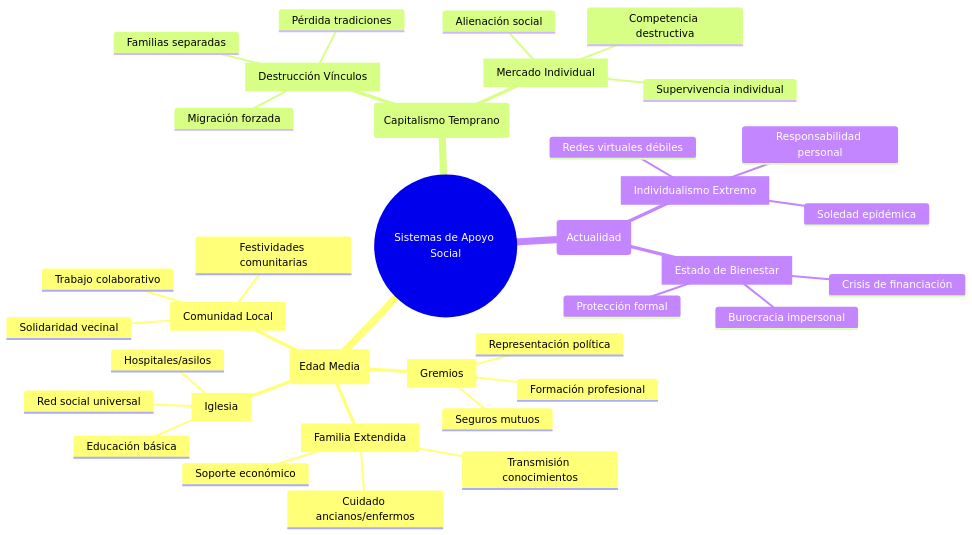
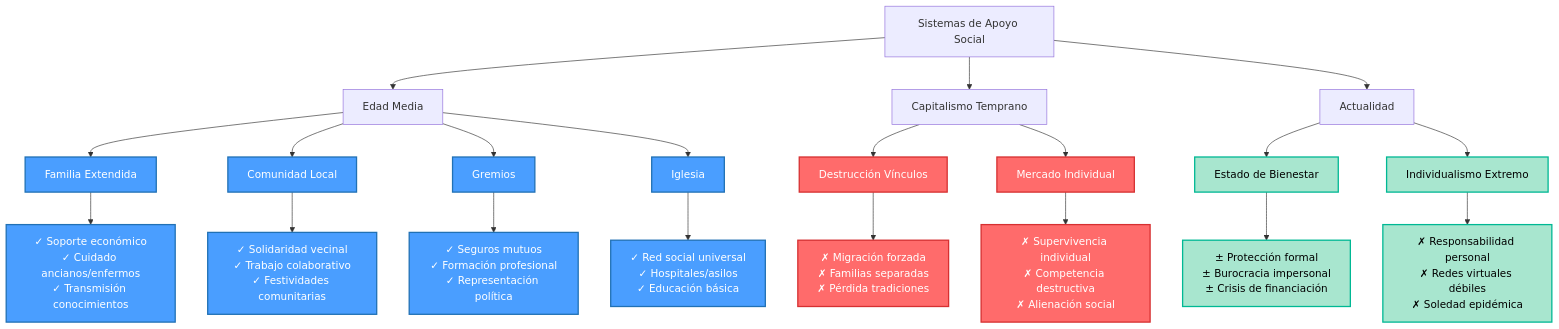
Before and after one commit to perpetuocambio/annotations: diagram 18 of 21 in sociologia/rights_comparison_table.md, drawn with Mermaid. The commit also changed other lines of this file, not shown here.

````diff
--- a/sociologia/rights_comparison_table.md
+++ b/sociologia/rights_comparison_table.md
@@ -452,39 +452,38 @@
 ```mermaid
-mindmap
-  root((Sistemas de Apoyo Social))
-    (Edad Media)
-      [Familia Extendida]
-        Soporte económico
-        Cuidado ancianos/enfermos
-        Transmisión conocimientos
-      [Comunidad Local]
-        Solidaridad vecinal
-        Trabajo colaborativo
-        Festividades comunitarias
-      [Gremios]
-        Seguros mutuos
-        Formación profesional
-        Representación política
-      [Iglesia]
-        Red social universal
-        Hospitales/asilos
-        Educación básica
-    (Capitalismo Temprano)
-      [Destrucción Vínculos]
-        Migración forzada
-        Familias separadas
-        Pérdida tradiciones
-      [Mercado Individual]
-        Supervivencia individual
-        Competencia destructiva
-        Alienación social
-    (Actualidad)
-      [Estado de Bienestar]
-        Protección formal
-        Burocracia impersonal
-        Crisis de financiación
-      [Individualismo Extremo]
-        Responsabilidad personal
-        Redes virtuales débiles
-        Soledad epidémica
+flowchart TD
+    A[Sistemas de Apoyo Social] --> B[Edad Media]
+    A --> C[Capitalismo Temprano]
+    A --> D[Actualidad]
+    
+    B --> B1[Familia Extendida]
+    B1 --> B1a["✓ Soporte económico<br/>✓ Cuidado ancianos/enfermos<br/>✓ Transmisión conocimientos"]
+    
+    B --> B2[Comunidad Local]
+    B2 --> B2a["✓ Solidaridad vecinal<br/>✓ Trabajo colaborativo<br/>✓ Festividades comunitarias"]
+    
+    B --> B3[Gremios]
+    B3 --> B3a["✓ Seguros mutuos<br/>✓ Formación profesional<br/>✓ Representación política"]
+    
+    B --> B4[Iglesia]
+    B4 --> B4a["✓ Red social universal<br/>✓ Hospitales/asilos<br/>✓ Educación básica"]
+    
+    C --> C1[Destrucción Vínculos]
+    C1 --> C1a["✗ Migración forzada<br/>✗ Familias separadas<br/>✗ Pérdida tradiciones"]
+    
+    C --> C2[Mercado Individual]
+    C2 --> C2a["✗ Supervivencia individual<br/>✗ Competencia destructiva<br/>✗ Alienación social"]
+    
+    D --> D1[Estado de Bienestar]
+    D1 --> D1a["± Protección formal<br/>± Burocracia impersonal<br/>± Crisis de financiación"]
+    
+    D --> D2[Individualismo Extremo]
+    D2 --> D2a["✗ Responsabilidad personal<br/>✗ Redes virtuales débiles<br/>✗ Soledad epidémica"]
+    
+    classDef medieval fill:#4a9eff,stroke:#2171b5,stroke-width:2px,color:#fff
+    classDef capitalist fill:#ff6b6b,stroke:#d63031,stroke-width:2px,color:#fff
+    classDef modern fill:#a8e6cf,stroke:#00b894,stroke-width:2px,color:#000
+    
+    class B1,B2,B3,B4,B1a,B2a,B3a,B4a medieval
+    class C1,C2,C1a,C2a capitalist
+    class D1,D2,D1a,D2a modern
 ```
````
